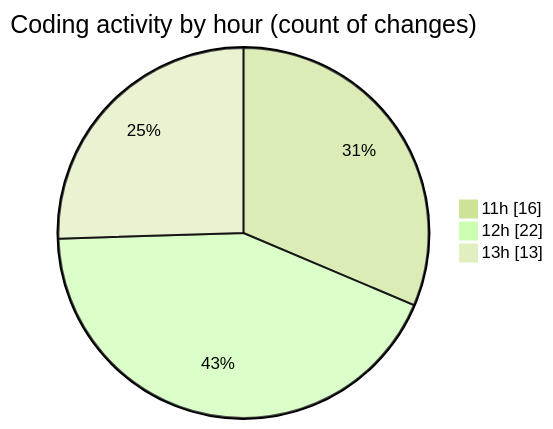
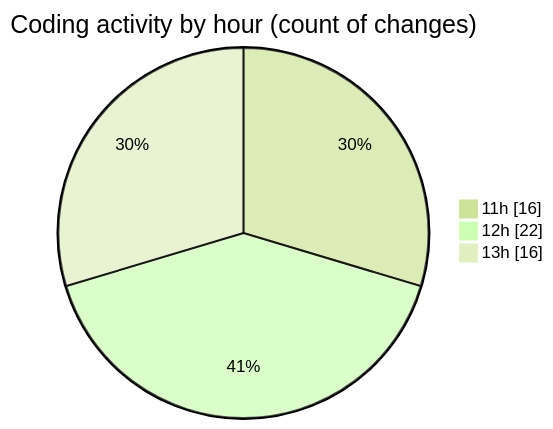
One commit to donsfak/code-tracking changed the second of 2 diagrams in 2025-03-25/wordle/README.md. Above: the diagram before and after it, drawn with Mermaid (forest theme). The commit also changed other lines of this file and 1 other file, not shown here.

````diff
--- a/2025-03-25/wordle/README.md
+++ b/2025-03-25/wordle/README.md
@@ -34,7 +34,7 @@
 ```mermaid
 pie showData
 title Coding activity by hour (count of changes)
 "11h" : 16
 "12h" : 22
-"13h" : 13
+"13h" : 16
 ```
````
